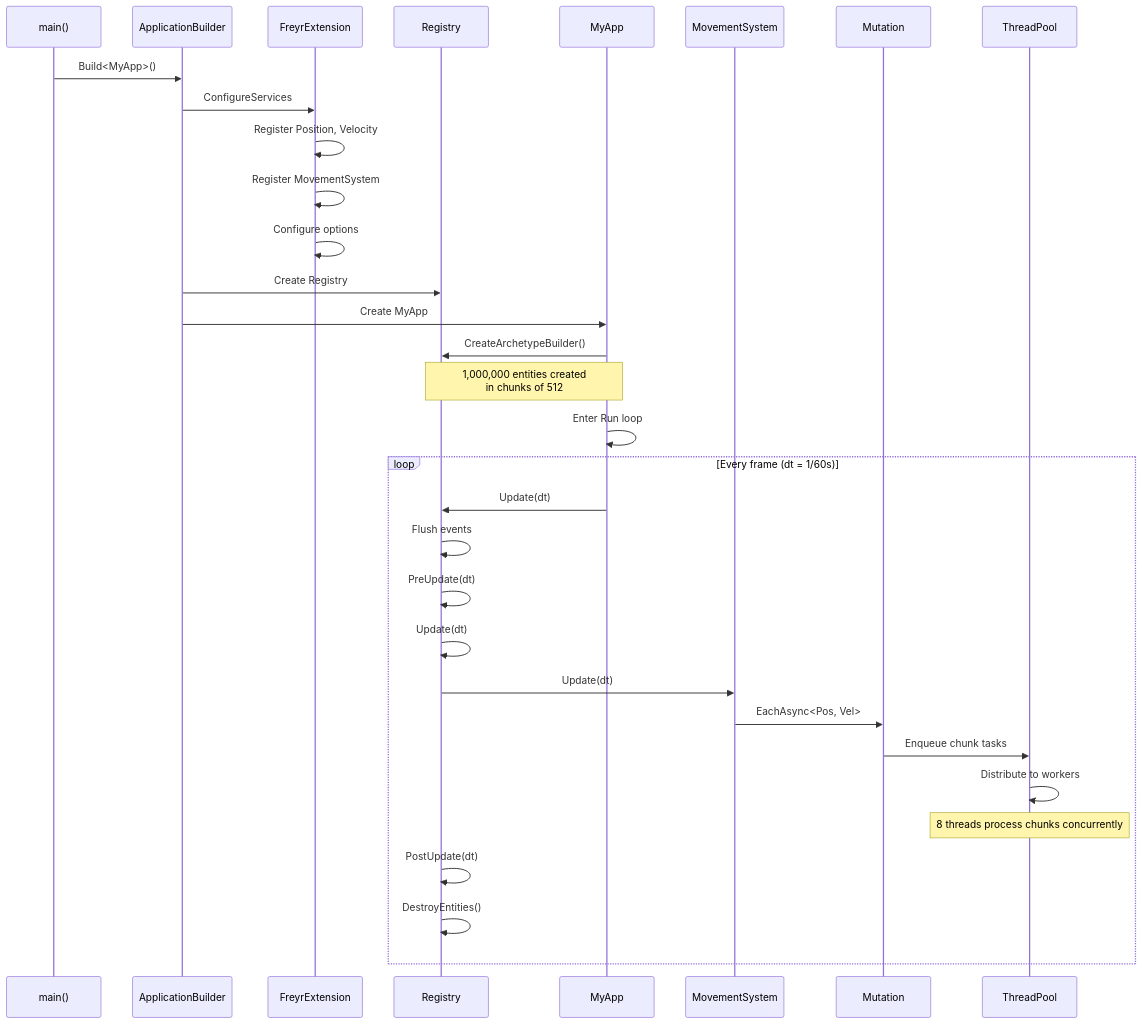
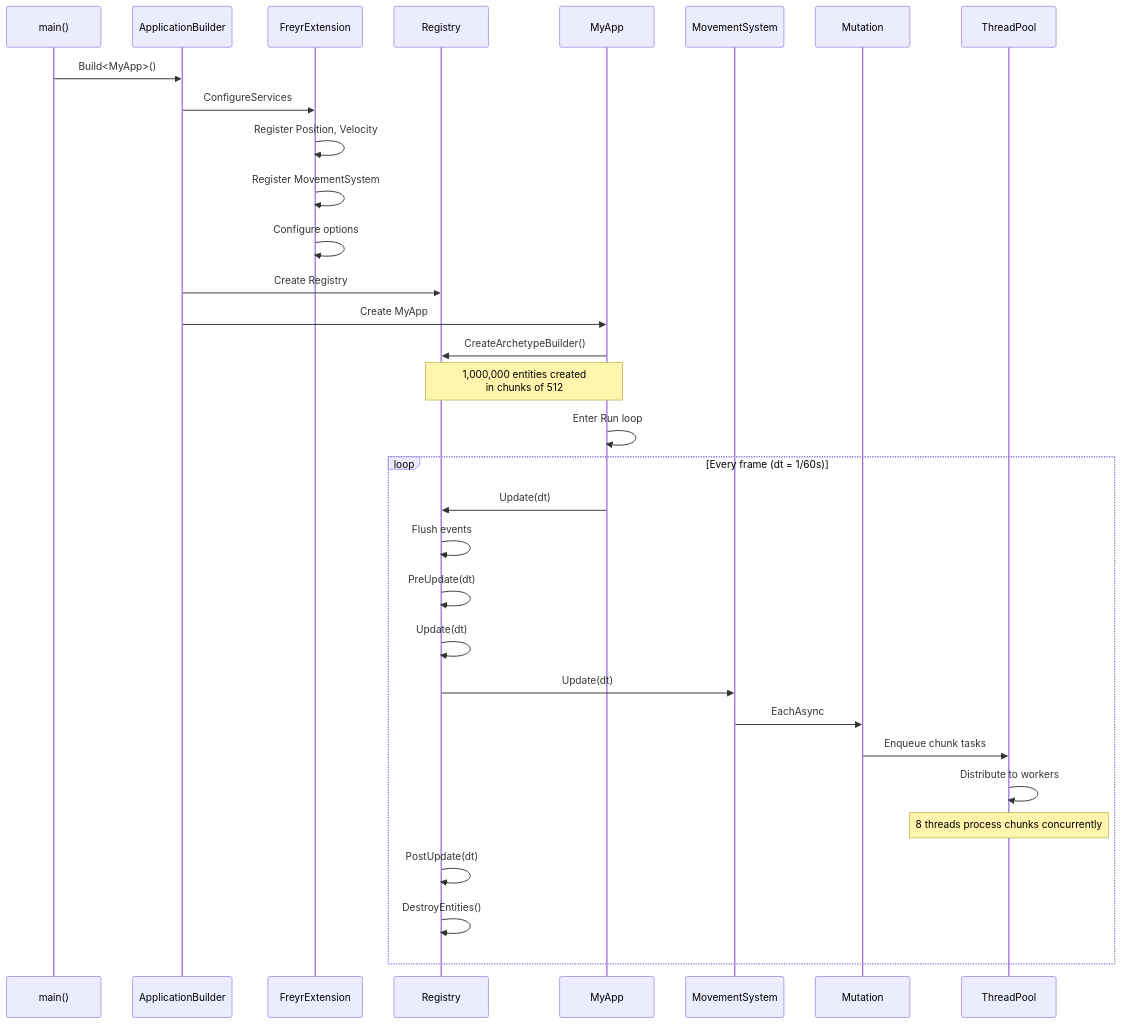
The first of 2 diagrams in docs/getting-started/quick-start.md (gilmar-sales/Freyr), drawn with Mermaid before and after one commit. The commit also changed other lines of this file and 25 other files, not shown here.

````diff
--- a/docs/getting-started/quick-start.md
+++ b/docs/getting-started/quick-start.md
@@ -144,33 +144,33 @@
 ```mermaid
 sequenceDiagram
     participant Main as main()
     participant Builder as ApplicationBuilder
     participant Extension as FreyrExtension
     participant Registry as Registry
     participant App as MyApp
 
     Main->>Builder: Build<MyApp>()
     Builder->>Extension: ConfigureServices
     Extension->>Extension: Register Position, Velocity
     Extension->>Extension: Register MovementSystem
     Extension->>Extension: Configure options
     Builder->>Registry: Create Registry
     Builder->>App: Create MyApp
     App->>Registry: CreateArchetypeBuilder()
     Note over App,Registry: 1,000,000 entities created<br/>in chunks of 512
     App->>App: Enter Run loop
 
     loop Every frame (dt = 1/60s)
         App->>Registry: Update(dt)
         Registry->>Registry: Flush events
         Registry->>Registry: PreUpdate(dt)
         Registry->>Registry: Update(dt)
         Registry->>MovementSystem: Update(dt)
-        MovementSystem->>Mutation: EachAsync<Pos, Vel>
+        MovementSystem->>Mutation: EachAsync
         Mutation->>ThreadPool: Enqueue chunk tasks
         ThreadPool->>ThreadPool: Distribute to workers
         Note over ThreadPool: 8 threads process chunks concurrently
         Registry->>Registry: PostUpdate(dt)
         Registry->>Registry: DestroyEntities()
     end
 ```
````
